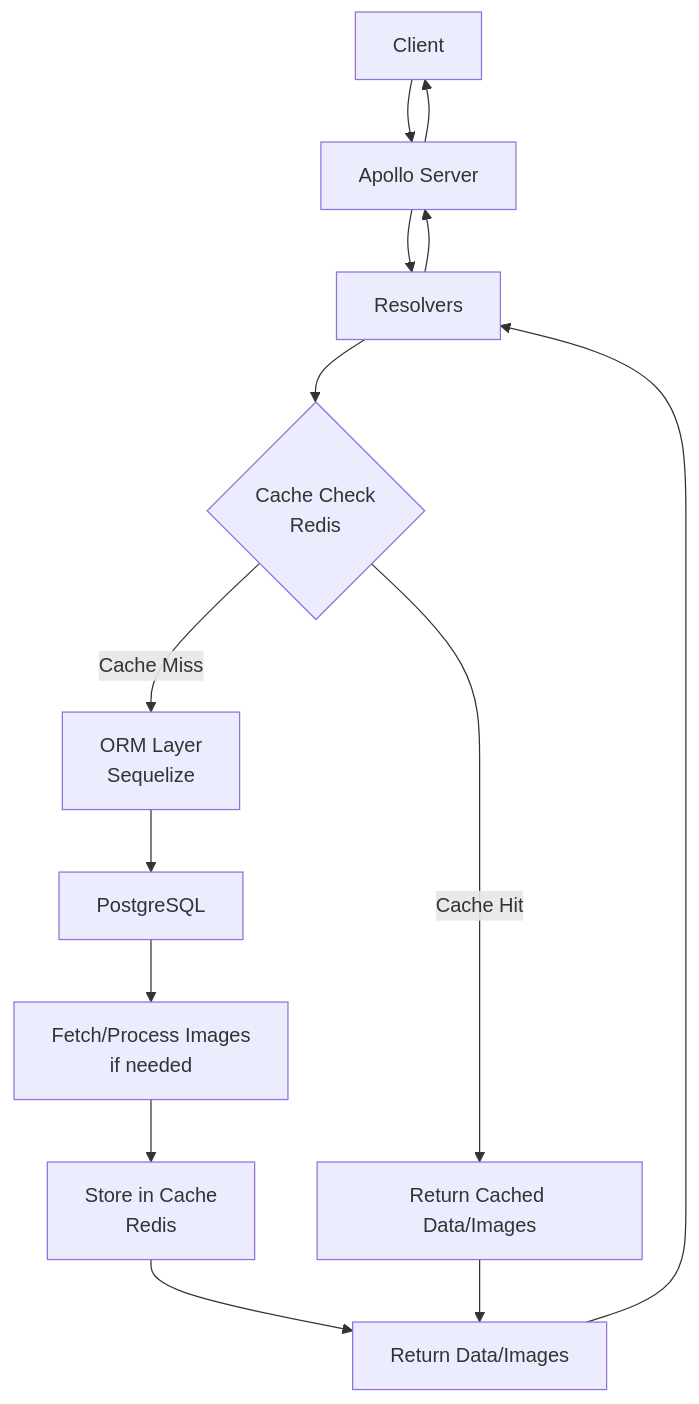
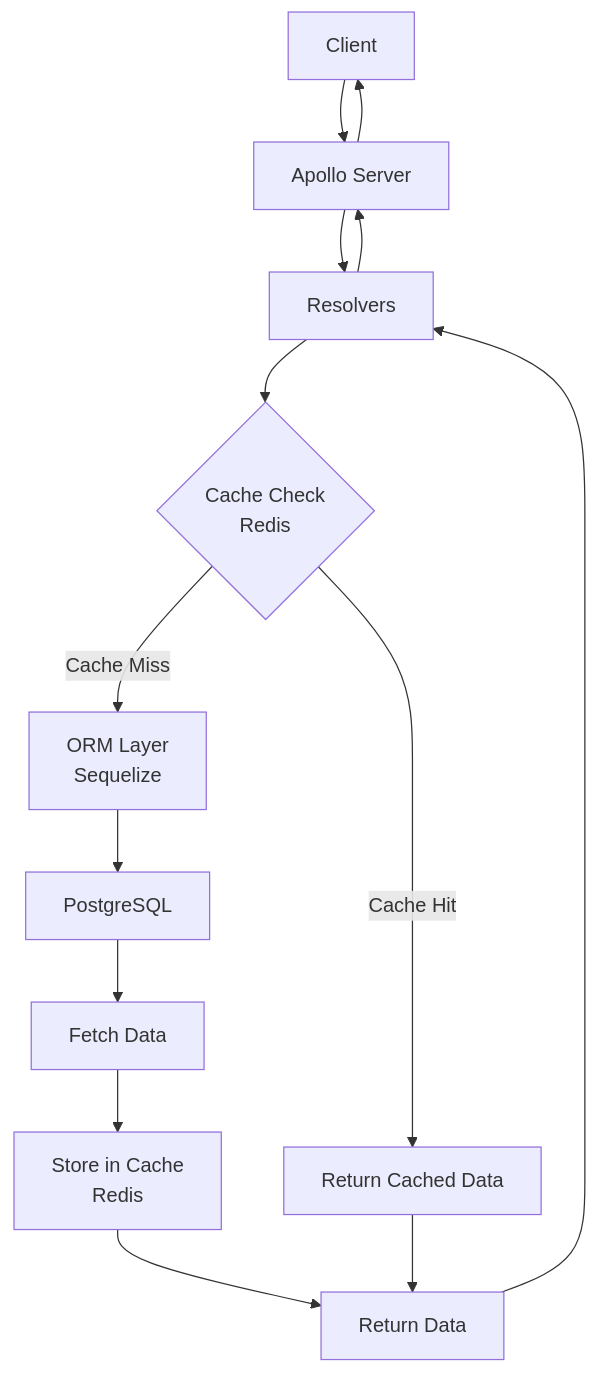
Before and after one commit to VilleJuhan1/Fullstack-websovelluskehitys-osa14-projekti: the diagram in App/backend/readme.md, drawn with Mermaid. The commit also changed other lines of this file and 2 other files, not shown here.

````diff
--- a/App/backend/readme.md
+++ b/App/backend/readme.md
@@ -62,16 +57,16 @@
 ```mermaid
 graph TD
     A[Client] --> B[Apollo Server]
     B --> C[Resolvers]
     C --> D{Cache Check<br/>Redis}
-    D -->|Cache Hit| E[Return Cached Data/Images]
+    D -->|Cache Hit| E[Return Cached Data]
     D -->|Cache Miss| F[ORM Layer<br/>Sequelize]
     F --> G[PostgreSQL]
-    G --> H[Fetch/Process Images<br/>if needed]
+    G --> H[Fetch Data]
     H --> I[Store in Cache<br/>Redis]
-    I --> J[Return Data/Images]
+    I --> J[Return Data]
     E --> J
     J --> C
     C --> B
     B --> A
 ```
````
